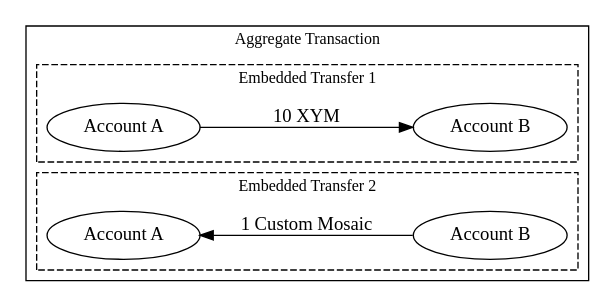
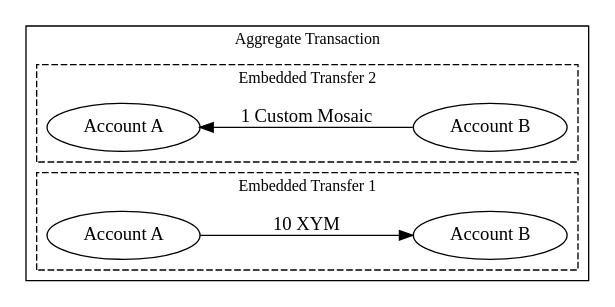
Before and after one commit to symbol/symbol: the diagram in mkdocs/pages/en/devbook/transactions/atomic-swap.md, drawn with Graphviz. The commit also changed other lines of this file and 9 other files, not shown here.

First line of the commit message:
[mkdocs] fix: proper order of graph clusters

````diff
--- a/mkdocs/pages/en/devbook/transactions/atomic-swap.md
+++ b/mkdocs/pages/en/devbook/transactions/atomic-swap.md
@@ -24,26 +24,26 @@
 ```dot
 digraph {
     rankdir="LR";
     fontsize=12;
     subgraph clusterAggregate {
         label = "Aggregate Transaction";
         tooltip = "Aggregate Transaction";
+        subgraph clusterT2 {
+            label = "Embedded Transfer 2";
+            tooltip = "Embedded Transfer 2";
+            style = dashed;
+            A2 [label="Account A" tooltip="Account A"];
+            B2 [label="Account B" tooltip="Account B"];
+            A2 -> B2 [label="1 Custom Mosaic" dir=back];
+        }
         subgraph clusterT1 {
             label = "Embedded Transfer 1";
             tooltip = "Embedded Transfer 1";
             style = dashed;
             A1 [label="Account A" tooltip="Account A"];
             B1 [label="Account B" tooltip="Account B"];
             A1 -> B1 [label="10 XYM"];
         }
-        subgraph clusterT2 {
-            label = "Embedded Transfer 2";
-            tooltip = "Embedded Transfer 2";
-            style = dashed;
-            A2 [label="Account A" tooltip="Account A"];
-            B2 [label="Account B" tooltip="Account B"];
-            A2 -> B2 [label="1 Custom Mosaic" dir=back];
-        }
     }
 }
 ```
````
